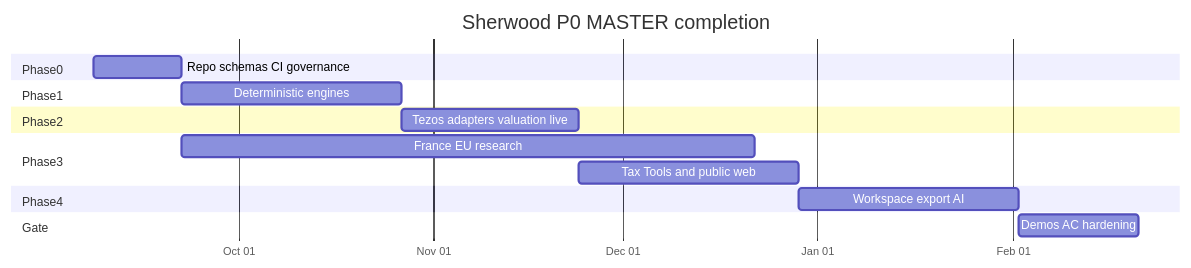
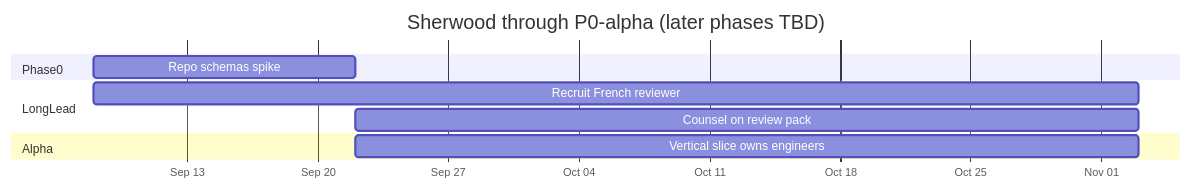
The diagram in plans/23-implementation.md (ChainCommons/sherwood), drawn with Mermaid before and after one commit. The commit also changed other lines of this file and 7 other files, not shown here.

````diff
--- a/plans/23-implementation.md
+++ b/plans/23-implementation.md
@@ -25,19 +25,13 @@
 ```mermaid
 gantt
-  title Sherwood P0 MASTER completion
+  title Sherwood through P0-alpha (later phases TBD)
   dateFormat YYYY-MM-DD
   axisFormat %b %d
   section Phase0
-  Repo schemas CI governance     :p0, 2026-09-08, 14d
-  section Phase1
-  Deterministic engines          :p1, 2026-09-22, 35d
-  section Phase2
-  Tezos adapters valuation live  :p2, 2026-10-27, 28d
-  section Phase3
-  France EU research             :fr, 2026-09-22, 91d
-  Tax Tools and public web       :p3, 2026-11-24, 35d
-  section Phase4
-  Workspace export AI            :p4, 2026-12-29, 35d
-  section Gate
-  Demos AC hardening             :gate, 2027-02-02, 19d
+  Repo schemas spike             :p0, 2026-09-08, 14d
+  section LongLead
+  Recruit French reviewer        :ll1, 2026-09-08, 56d
+  Counsel on review pack         :ll2, 2026-09-22, 42d
+  section Alpha
+  Vertical slice owns engineers  :pa, 2026-09-22, 42d
 ```
````
